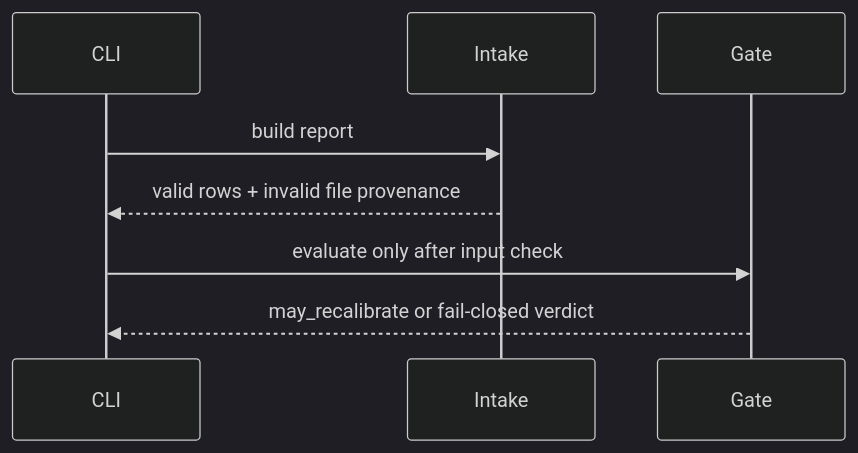
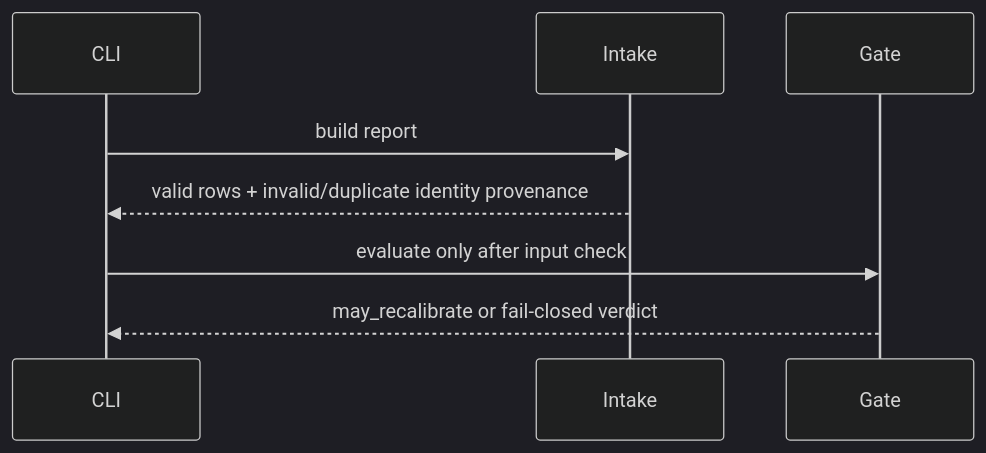
Before and after one commit to streamentry/OpenAMP-Foundry: the second of 2 diagrams in src/openamp_foundry/calibration/AGENTS.md, drawn with Mermaid (dark theme). The commit also changed other lines of this file and 15 other files, not shown here.

````diff
--- a/src/openamp_foundry/calibration/AGENTS.md
+++ b/src/openamp_foundry/calibration/AGENTS.md
@@ -26,10 +27,10 @@
 ```mermaid
 sequenceDiagram
   participant CLI
   participant Intake
   participant Gate
   CLI->>Intake: build report
-  Intake-->>CLI: valid rows + invalid file provenance
+  Intake-->>CLI: valid rows + invalid/duplicate identity provenance
   CLI->>Gate: evaluate only after input check
   Gate-->>CLI: may_recalibrate or fail-closed verdict
 ```
````
